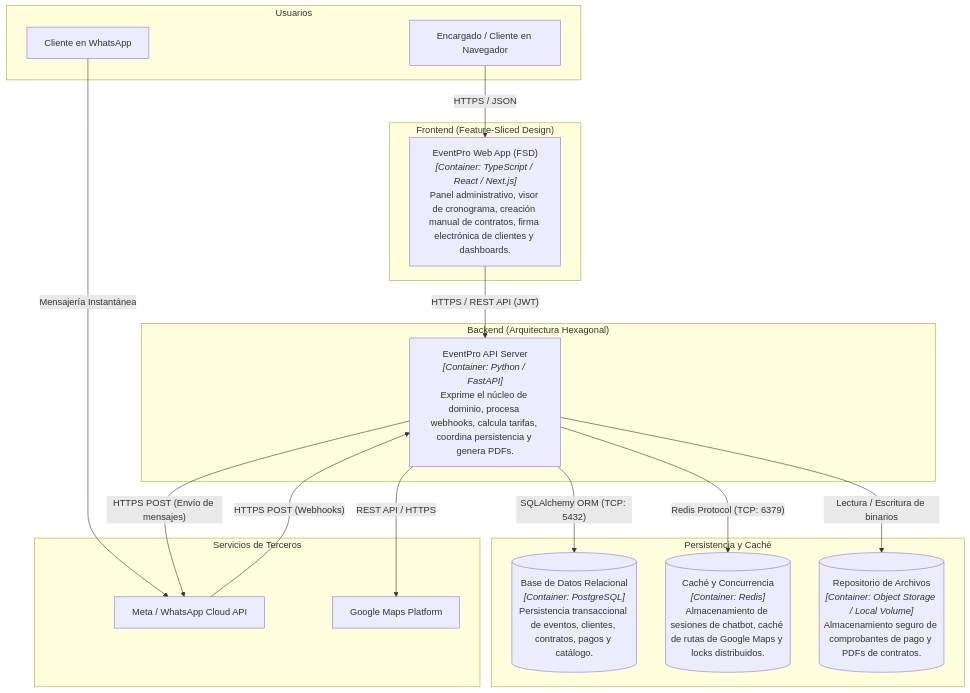
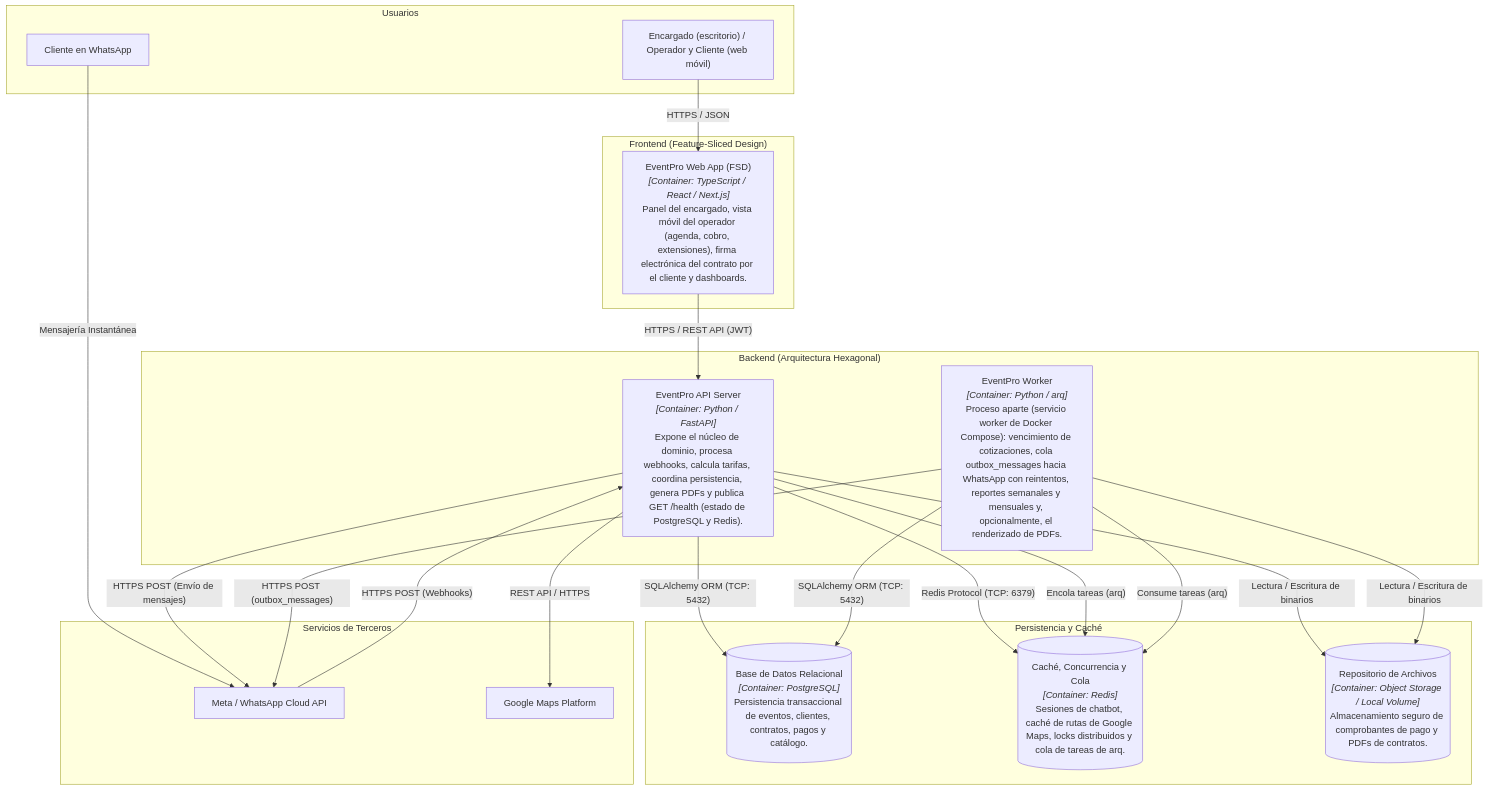
The second of 3 diagrams in Docs/02-arquitectura/01-diseno-arquitectonico-c4.md (MathiasTL/EventPro-backend), drawn with Mermaid before and after one commit. The commit also changed other lines of this file and 10 other files, not shown here.

First line of the commit message:
docs: close traceability gaps and align architecture and process docs

````diff
--- a/Docs/02-arquitectura/01-diseno-arquitectonico-c4.md
+++ b/Docs/02-arquitectura/01-diseno-arquitectonico-c4.md
@@ -51,37 +51,43 @@
 ```mermaid
 flowchart TB
     subgraph Usuarios["Usuarios"]
-        UserWeb["Encargado / Cliente en Navegador"]
+        UserWeb["Encargado (escritorio) / Operador y Cliente (web móvil)"]
         UserWhatsApp["Cliente en WhatsApp"]
     end
 
     subgraph FrontendApp["Frontend (Feature-Sliced Design)"]
-        SPA["EventPro Web App (FSD)<br/><i>[Container: TypeScript / React / Next.js]</i><br/>Panel administrativo, visor de cronograma, creación manual de contratos, firma electrónica de clientes y dashboards."]
+        SPA["EventPro Web App (FSD)<br/><i>[Container: TypeScript / React / Next.js]</i><br/>Panel del encargado, vista móvil del operador (agenda, cobro, extensiones), firma electrónica del contrato por el cliente y dashboards."]
     end
 
     subgraph BackendApp["Backend (Arquitectura Hexagonal)"]
-        API["EventPro API Server<br/><i>[Container: Python / FastAPI]</i><br/>Exprime el núcleo de dominio, procesa webhooks, calcula tarifas, coordina persistencia y genera PDFs."]
+        API["EventPro API Server<br/><i>[Container: Python / FastAPI]</i><br/>Expone el núcleo de dominio, procesa webhooks, calcula tarifas, coordina persistencia, genera PDFs y publica GET /health (estado de PostgreSQL y Redis)."]
+        Worker["EventPro Worker<br/><i>[Container: Python / arq]</i><br/>Proceso aparte (servicio worker de Docker Compose): vencimiento de cotizaciones, cola outbox_messages hacia WhatsApp con reintentos, reportes semanales y mensuales y, opcionalmente, el renderizado de PDFs."]
     end
 
     subgraph Almacenamiento["Persistencia y Caché"]
         DB[("Base de Datos Relacional<br/><i>[Container: PostgreSQL]</i><br/>Persistencia transaccional de eventos, clientes, contratos, pagos y catálogo.")]
-        Cache[("Caché y Concurrencia<br/><i>[Container: Redis]</i><br/>Almacenamiento de sesiones de chatbot, caché de rutas de Google Maps y locks distribuidos.")]
+        Cache[("Caché, Concurrencia y Cola<br/><i>[Container: Redis]</i><br/>Sesiones de chatbot, caché de rutas de Google Maps, locks distribuidos y cola de tareas de arq.")]
         Storage[("Repositorio de Archivos<br/><i>[Container: Object Storage / Local Volume]</i><br/>Almacenamiento seguro de comprobantes de pago y PDFs de contratos.")]
     end
 
     subgraph ServiciosTerceros["Servicios de Terceros"]
         ExtWhatsApp["Meta / WhatsApp Cloud API"]
         ExtMaps["Google Maps Platform"]
     end
 
     UserWeb -->|"HTTPS / JSON"| SPA
     SPA -->|"HTTPS / REST API (JWT)"| API
     UserWhatsApp -->|"Mensajería Instantánea"| ExtWhatsApp
     ExtWhatsApp -->|"HTTPS POST (Webhooks)"| API
     API -->|"HTTPS POST (Envío de mensajes)"| ExtWhatsApp
 
     API -->|"SQLAlchemy ORM (TCP: 5432)"| DB
     API -->|"Redis Protocol (TCP: 6379)"| Cache
     API -->|"Lectura / Escritura de binarios"| Storage
+    API -->|"Encola tareas (arq)"| Cache
+    Worker -->|"Consume tareas (arq)"| Cache
+    Worker -->|"SQLAlchemy ORM (TCP: 5432)"| DB
+    Worker -->|"Lectura / Escritura de binarios"| Storage
+    Worker -->|"HTTPS POST (outbox_messages)"| ExtWhatsApp
     API -->|"REST API / HTTPS"| ExtMaps
 ```
````
